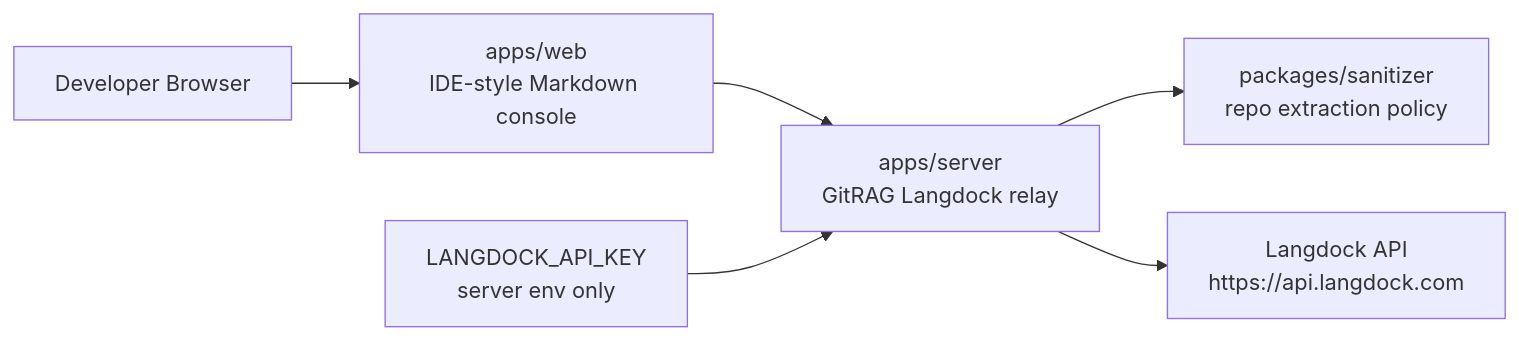
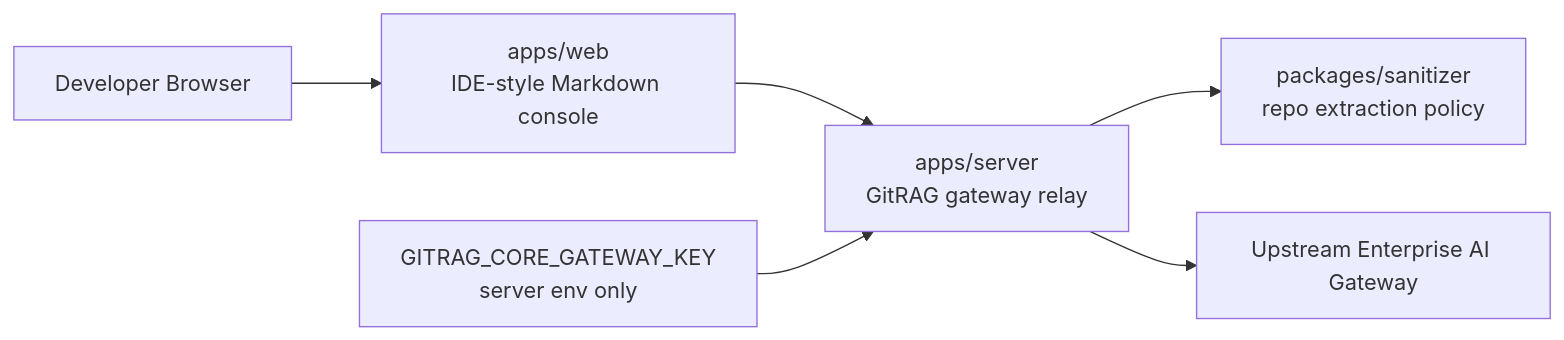
One commit to janpaul80/gitrag changed the diagram in README.md. Above: the diagram before and after it, drawn with Mermaid. The commit also changed other lines of this file and 12 other files, not shown here.

````diff
--- a/README.md
+++ b/README.md
@@ -109,8 +109,8 @@
 ```mermaid
 flowchart LR
   A["Developer Browser"] --> B["apps/web<br/>IDE-style Markdown console"]
-  B --> C["apps/server<br/>GitRAG Langdock relay"]
+  B --> C["apps/server<br/>GitRAG gateway relay"]
   C --> D["packages/sanitizer<br/>repo extraction policy"]
-  C --> E["Langdock API<br/>https://api.langdock.com"]
-  F["LANGDOCK_API_KEY<br/>server env only"] --> C
+  C --> E["Upstream Enterprise AI Gateway"]
+  F["GITRAG_CORE_GATEWAY_KEY<br/>server env only"] --> C
 ```
````
